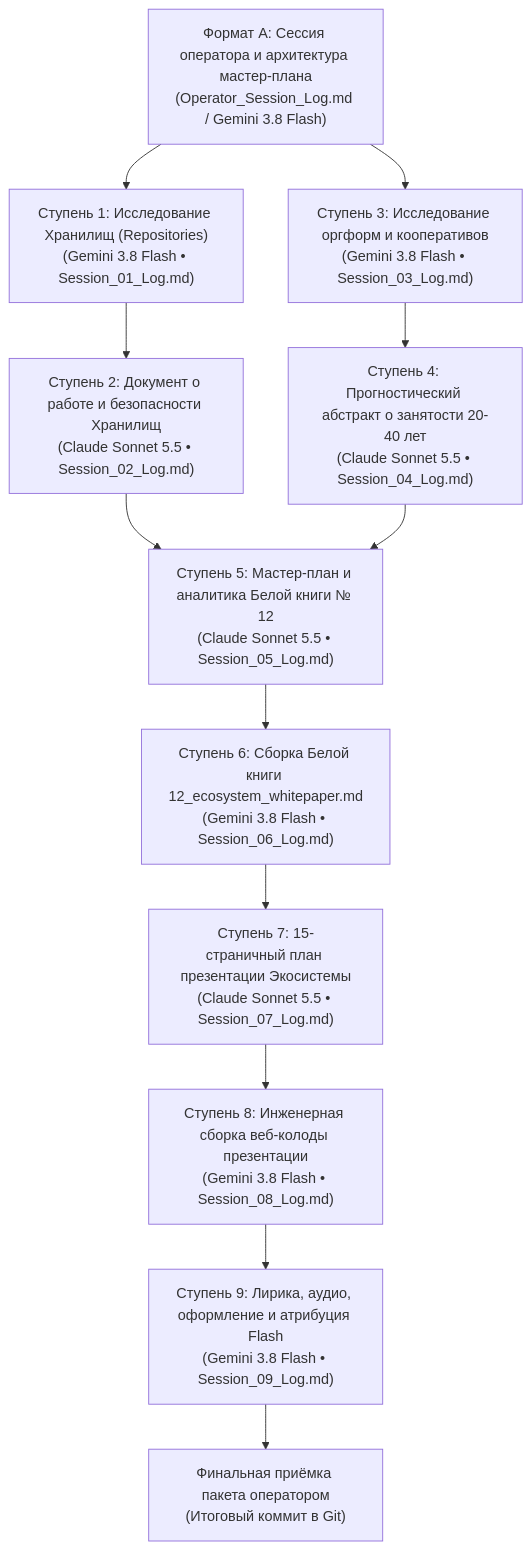
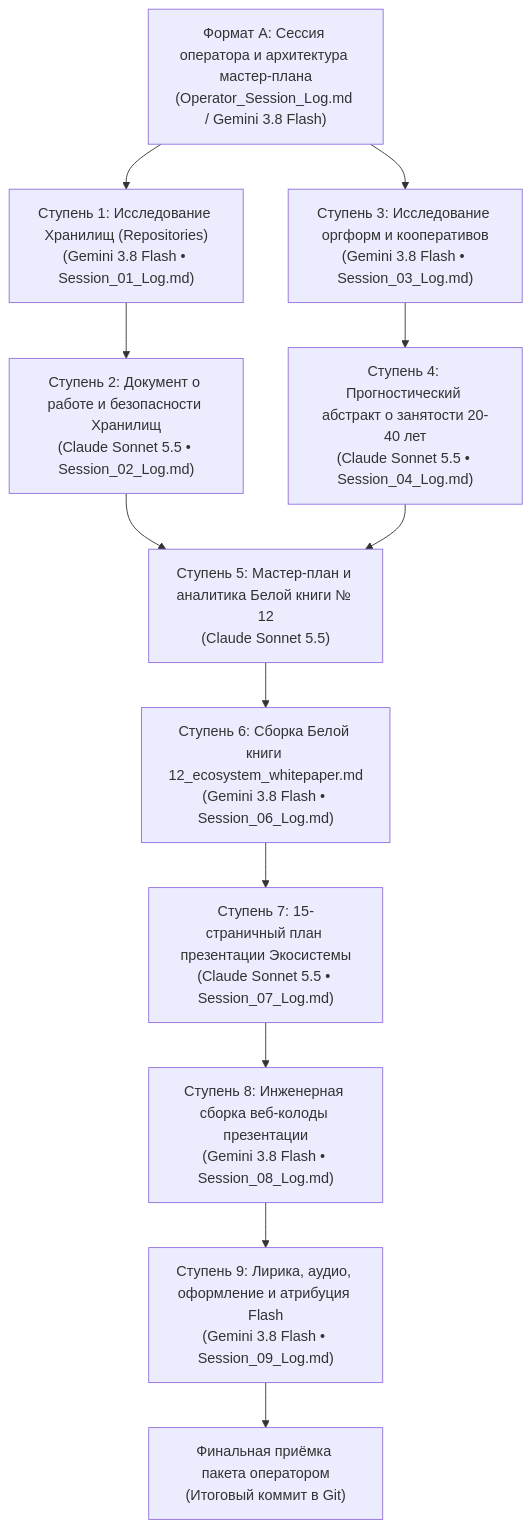
Before and after one commit to Data-Independence-Network/presentations: the diagram in sessions/2026/10-10_03_Ecosystem_whitepaper_and_presentation/Overall_Plan.md, drawn with Mermaid. The commit also changed other lines of this file and 2 other files, not shown here.

Commit message:
docs(session-05): группа 4 — завершение Ступени 05 и фиксация мастер-планов Белой книги № 12

````diff
--- a/sessions/2026/10-10_03_Ecosystem_whitepaper_and_presentation/Overall_Plan.md
+++ b/sessions/2026/10-10_03_Ecosystem_whitepaper_and_presentation/Overall_Plan.md
@@ -66,17 +66,17 @@
 ```mermaid
 flowchart TD
     Init["Формат А: Сессия оператора и архитектура мастер-плана<br/>(Operator_Session_Log.md / Gemini 3.8 Flash)"] --> S1["Ступень 1: Исследование Хранилищ (Repositories)<br/>(Gemini 3.8 Flash • Session_01_Log.md)"]
     Init --> S3["Ступень 3: Исследование оргформ и кооперативов<br/>(Gemini 3.8 Flash • Session_03_Log.md)"]
     
     S1 --> S2["Ступень 2: Документ о работе и безопасности Хранилищ<br/>(Claude Sonnet 5.5 • Session_02_Log.md)"]
     S3 --> S4["Ступень 4: Прогностический абстракт о занятости 20-40 лет<br/>(Claude Sonnet 5.5 • Session_04_Log.md)"]
     
-    S2 --> S5["Ступень 5: Мастер-план и аналитика Белой книги № 12<br/>(Claude Sonnet 5.5 • Session_05_Log.md)"]
+    S2 --> S5["Ступень 5: Мастер-план и аналитика Белой книги № 12<br/>(Claude Sonnet 5.5)"]
     S4 --> S5
     
     S5 --> S6["Ступень 6: Сборка Белой книги 12_ecosystem_whitepaper.md<br/>(Gemini 3.8 Flash • Session_06_Log.md)"]
     S6 --> S7["Ступень 7: 15-страничный план презентации Экосистемы<br/>(Claude Sonnet 5.5 • Session_07_Log.md)"]
     S7 --> S8["Ступень 8: Инженерная сборка веб-колоды презентации<br/>(Gemini 3.8 Flash • Session_08_Log.md)"]
     S8 --> S9["Ступень 9: Лирика, аудио, оформление и атрибуция Flash<br/>(Gemini 3.8 Flash • Session_09_Log.md)"]
     S9 --> Done["Финальная приёмка пакета оператором<br/>(Итоговый коммит в Git)"]
 ```
````
